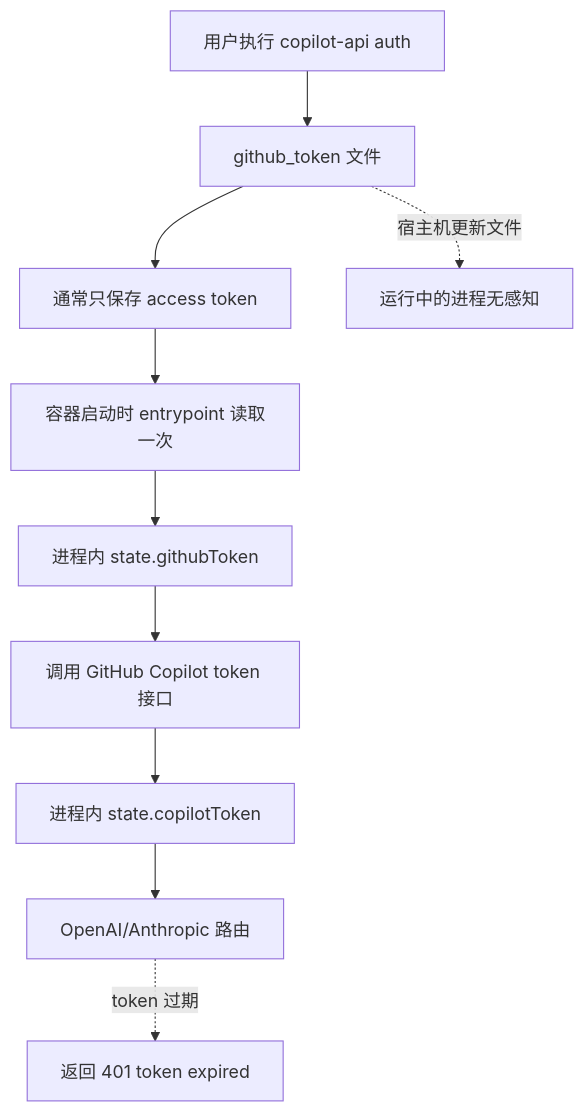
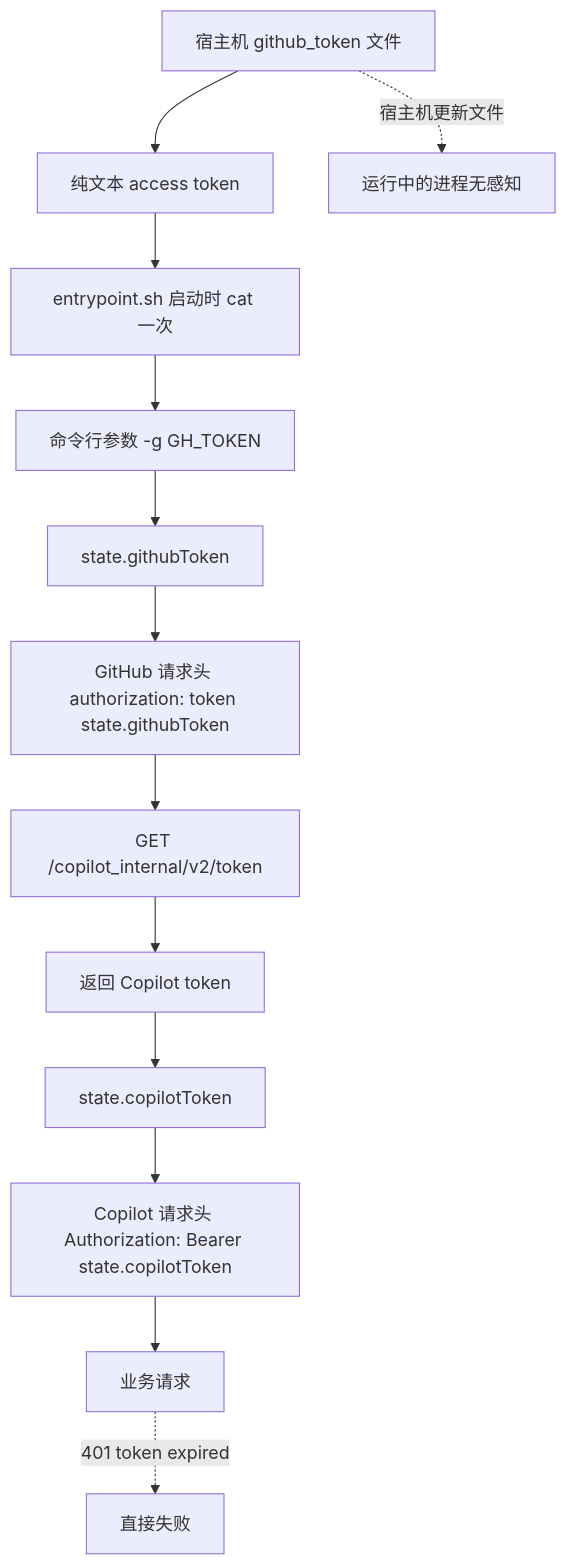
One commit to noir19/copilot-api changed the first of 4 diagrams in README.zh-CN.md. Above: the diagram before and after it, drawn with Mermaid. The commit also changed other lines of this file and 1 other file, not shown here.

Commit message:
docs(readme): clarify token architecture flows

````diff
--- a/README.zh-CN.md
+++ b/README.zh-CN.md
@@ -34,12 +39,16 @@
 ```mermaid
 flowchart TD
-  A[用户执行 copilot-api auth] --> B[github_token 文件]
-  B --> C[通常只保存 access token]
-  C --> D[容器启动时 entrypoint 读取一次]
-  D --> E[进程内 state.githubToken]
-  E --> F[调用 GitHub Copilot token 接口]
-  F --> G[进程内 state.copilotToken]
-  G --> H[OpenAI/Anthropic 路由]
-  H -. token 过期 .-> I[返回 401 token expired]
-  B -. 宿主机更新文件 .-> J[运行中的进程无感知]
+  A[宿主机 github_token 文件]
+  A --> B[纯文本 access token]
+  B --> C[entrypoint.sh 启动时 cat 一次]
+  C --> D[命令行参数 -g GH_TOKEN]
+  D --> E[state.githubToken]
+  E --> F[GitHub 请求头 authorization: token state.githubToken]
+  F --> G[GET /copilot_internal/v2/token]
+  G --> H[返回 Copilot token]
+  H --> I[state.copilotToken]
+  I --> J[Copilot 请求头 Authorization: Bearer state.copilotToken]
+  J --> K[业务请求]
+  K -. 401 token expired .-> L[直接失败]
+  A -. 宿主机更新文件 .-> M[运行中的进程无感知]
 ```
````
